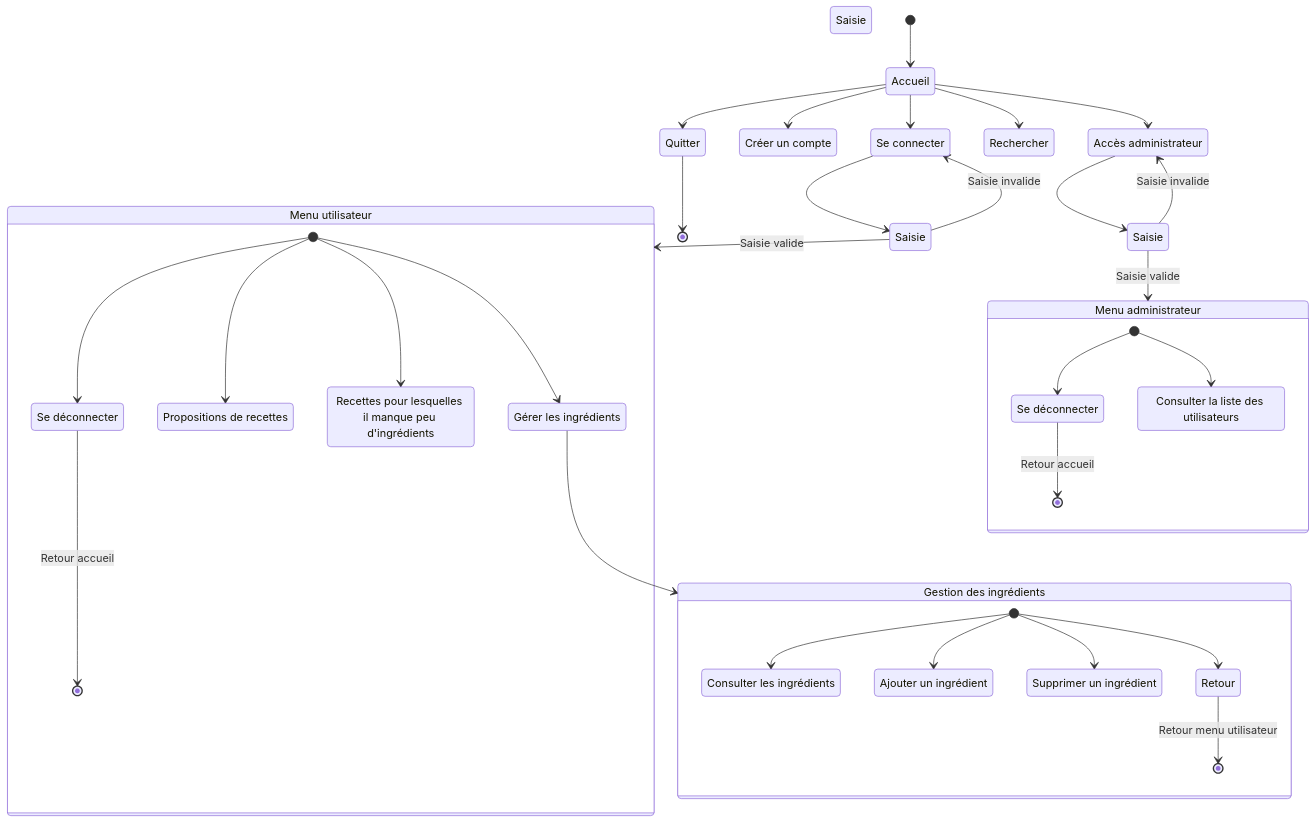
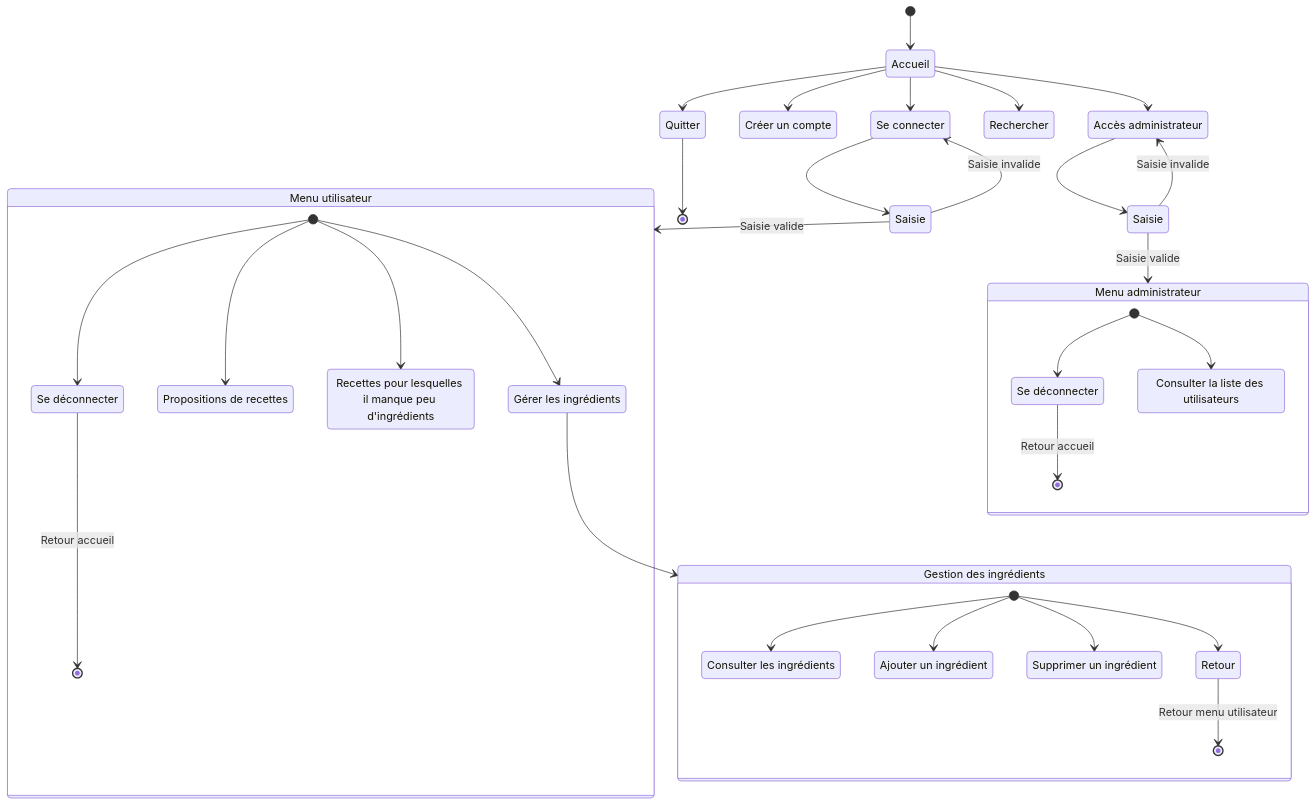
One commit to bbrunel/ENSAI-2A-projet-info changed the first of 5 diagrams in doc/diag_activites.md. Above: the diagram before and after it, drawn with Mermaid.

Commit message:
modif diag act global

````diff
--- a/doc/diag_activites.md
+++ b/doc/diag_activites.md
@@ -20,64 +20,64 @@
 ```mermaid
 stateDiagram
     login : Se connecter
     menu_utilisateur : Menu utilisateur
     menu_ingr : Gestion des ingrédients
     logon : Créer un compte
     gerer_ingr : Gérer les ingrédients
     Consulter_les_ingrédients : Consulter les ingrédients
     Ajouter_un_ingrédient : Ajouter un ingrédient
     Supprimer_un_ingrédient : Supprimer un ingrédient
     recettes : Propositions de recettes
     rec_ingr_manquant : Recettes pour lesquelles il manque peu d'ingrédients
     logout : Se déconnecter
     admin : Accès administrateur
     admin_out : Se déconnecter
     list_utilisateurs : Consulter la liste des utilisateurs
     menu_admin : Menu administrateur
     Saisie_a : Saisie
     Saisie_u : Saisie
     
     [*] --> Accueil
     
     Accueil --> Rechercher
 
     Accueil --> login
-    login --> Saisie
-    Saisie --> menu_utilisateur: Saisie valide
-    Saisie --> login: Saisie invalide
+    login --> Saisie_u
+    Saisie_u --> menu_utilisateur: Saisie valide
+    Saisie_u --> login: Saisie invalide
     
     Accueil --> logon
 
     Accueil --> admin
     admin --> Saisie_a
     Saisie_a --> menu_admin: Saisie valide
     Saisie_a --> admin: Saisie invalide
     
     Accueil --> Quitter
     Quitter --> [*]
 
     state menu_admin {
       [*] --> list_utilisateurs
       [*] --> admin_out
       admin_out --> [*]: Retour accueil
     }
     
     state menu_utilisateur {
     	[*] --> gerer_ingr
       [*] --> recettes
       [*] --> rec_ingr_manquant
     	[*] --> logout
       logout --> [*]:Retour accueil
     }
 
     gerer_ingr --> menu_ingr
 
     state menu_ingr {
       [*] --> Consulter_les_ingrédients
       [*] --> Ajouter_un_ingrédient
       [*] --> Supprimer_un_ingrédient
       [*] --> Retour
       Retour --> [*]: Retour menu utilisateur
         
     }
 ```
````
